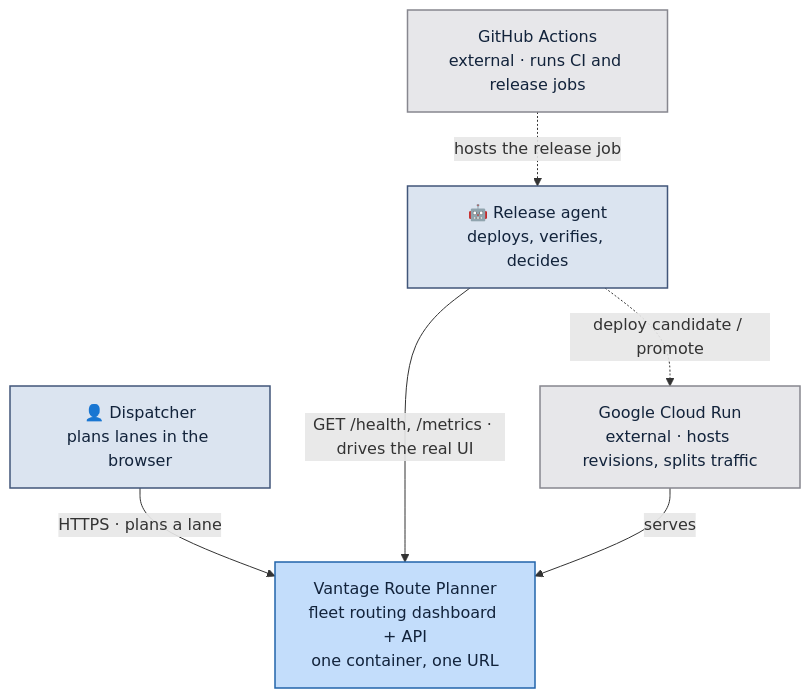
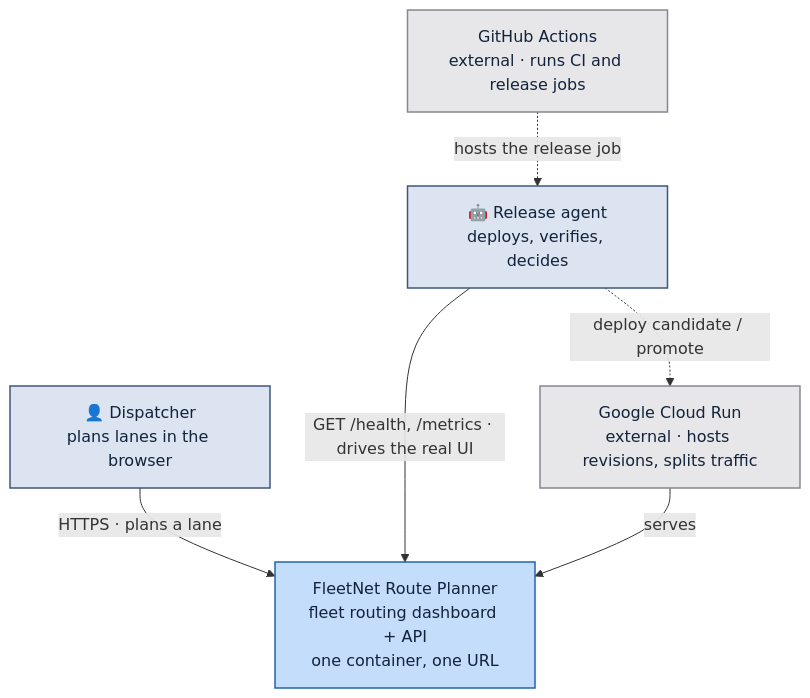
One commit to TryHarder01/release-agent-demo changed the second of 7 diagrams in ARCHITECTURE.md. Above: the diagram before and after it, drawn with Mermaid. The commit also changed other lines of this file and 8 other files, not shown here.

Commit message:
Pin release workflow to FleetNet service

````diff
--- a/ARCHITECTURE.md
+++ b/ARCHITECTURE.md
@@ -76,23 +76,23 @@
 ```mermaid
 flowchart TB
     dispatcher["👤 Dispatcher\nplans lanes in the browser"]
     agent["🤖 Release agent\ndeploys, verifies, decides"]
 
-    vantage["Vantage Route Planner\nfleet routing dashboard + API\none container, one URL"]
+    fleetnet["FleetNet Route Planner\nfleet routing dashboard + API\none container, one URL"]
 
     gha["GitHub Actions\nexternal · runs CI and release jobs"]
     run["Google Cloud Run\nexternal · hosts revisions, splits traffic"]
 
-    dispatcher -->|"HTTPS · plans a lane"| vantage
-    agent -->|"GET /health, /metrics · drives the real UI"| vantage
+    dispatcher -->|"HTTPS · plans a lane"| fleetnet
+    agent -->|"GET /health, /metrics · drives the real UI"| fleetnet
     agent -.->|"deploy candidate / promote"| run
     gha -.->|"hosts the release job"| agent
-    run -->|"serves"| vantage
+    run -->|"serves"| fleetnet
 
     classDef actor    fill:#dbe4f0,stroke:#41567a,stroke-width:1.5px,color:#12233b
     classDef owned    fill:#c3ddfb,stroke:#2264ab,stroke-width:1.5px,color:#12233b
     classDef external fill:#e7e7ea,stroke:#87878f,stroke-width:1.5px,color:#12233b
     class dispatcher,agent actor
-    class vantage owned
+    class fleetnet owned
     class gha,run external
 ```
````
